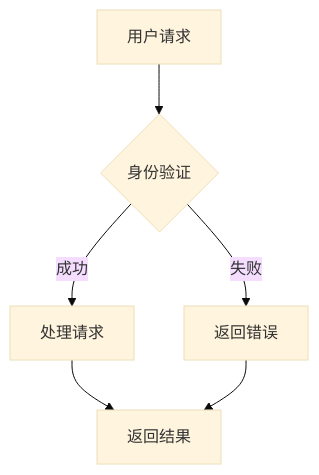
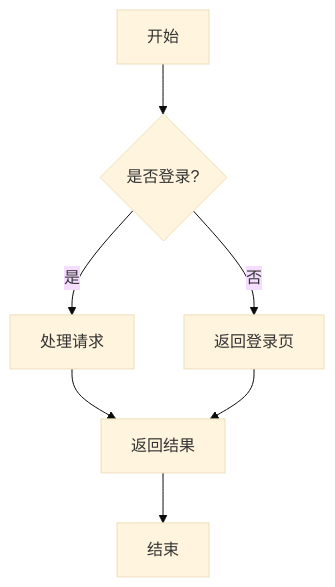
Before and after one commit to smartboot/feat: the second of 2 diagrams in pages/src/content/docs/appendix/ai_prompt.mdx, drawn with Mermaid (base theme). The commit also changed other lines of this file and 2 other files, not shown here.

````diff
--- a/pages/src/content/docs/appendix/ai_prompt.mdx
+++ b/pages/src/content/docs/appendix/ai_prompt.mdx
@@ -234,8 +258,9 @@
 ```mermaid
 graph TD
-    A[用户请求] --> B{身份验证}
-    B -->|成功| C[处理请求]
-    B -->|失败| D[返回错误]
+    A[开始] --> B{是否登录?}
+    B -->|是| C[处理请求]
+    B -->|否| D[返回登录页]
     C --> E[返回结果]
     D --> E
+    E --> F[结束]
 ```
````
